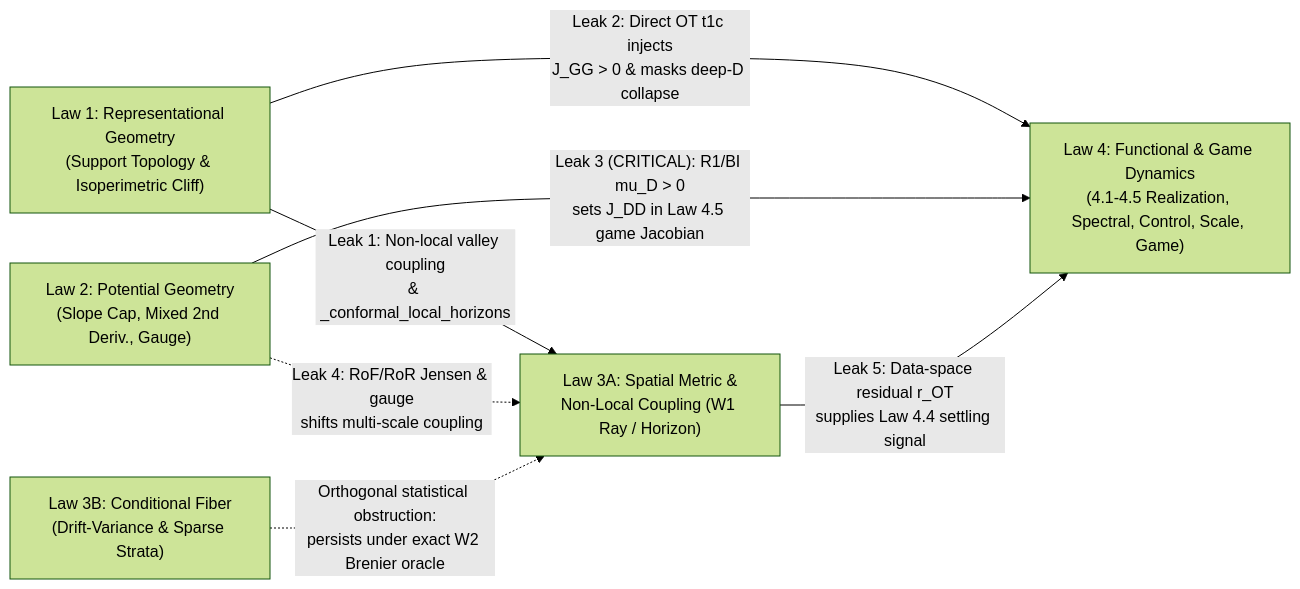
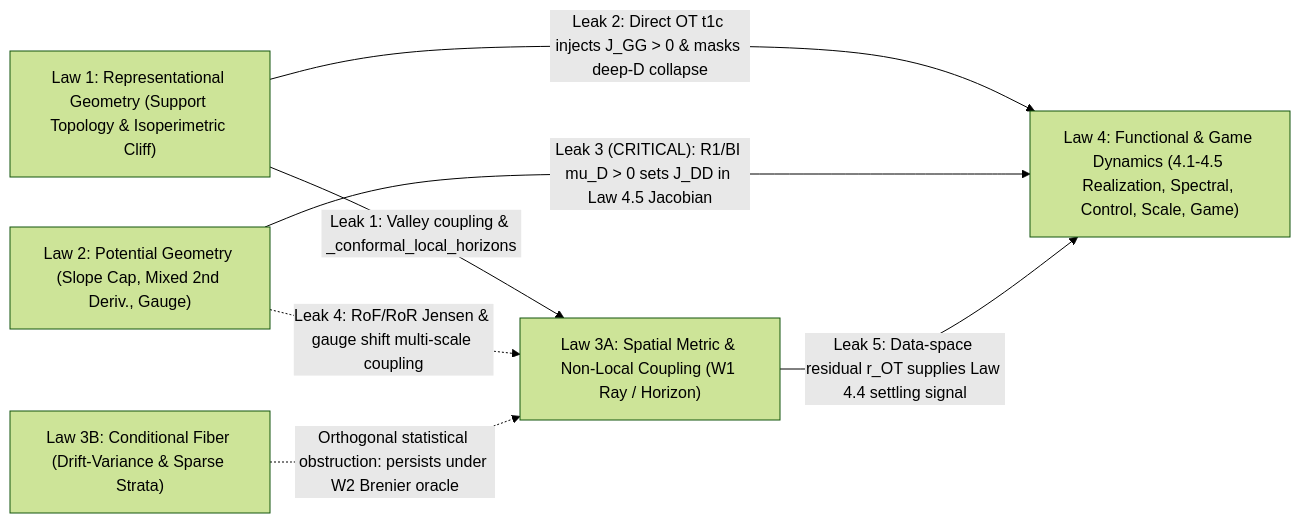
One commit to HyperGAN/ParticleGAN changed the diagram in docs/four-laws.md. Above: the diagram before and after it, drawn with Mermaid (forest theme). The commit also changed other lines of this file, not shown here.

Commit message:
docs(four-laws): address PR #645 review precision fixes

````diff
--- a/docs/four-laws.md
+++ b/docs/four-laws.md
@@ -446,15 +446,15 @@
 ```mermaid
 flowchart LR
-    L1["Law 1: Representational Geometry\n(Support Topology & Isoperimetric Cliff)"]
-    L2["Law 2: Potential Geometry\n(Slope Cap, Mixed 2nd Deriv., Gauge)"]
-    L3A["Law 3A: Spatial Metric &\nNon-Local Coupling (W1 Ray / Horizon)"]
-    L3B["Law 3B: Conditional Fiber\n(Drift-Variance & Sparse Strata)"]
-    L4["Law 4: Functional & Game Dynamics\n(4.1-4.5 Realization, Spectral, Control, Scale, Game)"]
+    L1["Law 1: Representational Geometry (Support Topology & Isoperimetric Cliff)"]
+    L2["Law 2: Potential Geometry (Slope Cap, Mixed 2nd Deriv., Gauge)"]
+    L3A["Law 3A: Spatial Metric & Non-Local Coupling (W1 Ray / Horizon)"]
+    L3B["Law 3B: Conditional Fiber (Drift-Variance & Sparse Strata)"]
+    L4["Law 4: Functional & Game Dynamics (4.1-4.5 Realization, Spectral, Control, Scale, Game)"]
 
-    L1 -->|"Leak 1: Non-local valley coupling\n& _conformal_local_horizons"| L3A
-    L1 -->|"Leak 2: Direct OT t1c injects\nJ_GG > 0 & masks deep-D collapse"| L4
-    L2 -->|"Leak 3 (CRITICAL): R1/BI mu_D > 0\nsets J_DD in Law 4.5 game Jacobian"| L4
-    L2 -.->|"Leak 4: RoF/RoR Jensen & gauge\nshifts multi-scale coupling"| L3A
-    L3A -->|"Leak 5: Data-space residual r_OT\nsupplies Law 4.4 settling signal"| L4
-    L3B -.->|"Orthogonal statistical obstruction:\npersists under exact W2 Brenier oracle"| L3A
+    L1 -->|"Leak 1: Valley coupling & _conformal_local_horizons"| L3A
+    L1 -->|"Leak 2: Direct OT t1c injects J_GG > 0 & masks deep-D collapse"| L4
+    L2 -->|"Leak 3 (CRITICAL): R1/BI mu_D > 0 sets J_DD in Law 4.5 Jacobian"| L4
+    L2 -.->|"Leak 4: RoF/RoR Jensen & gauge shift multi-scale coupling"| L3A
+    L3A -->|"Leak 5: Data-space residual r_OT supplies Law 4.4 settling signal"| L4
+    L3B -.->|"Orthogonal statistical obstruction: persists under W2 Brenier oracle"| L3A
 ```
````
